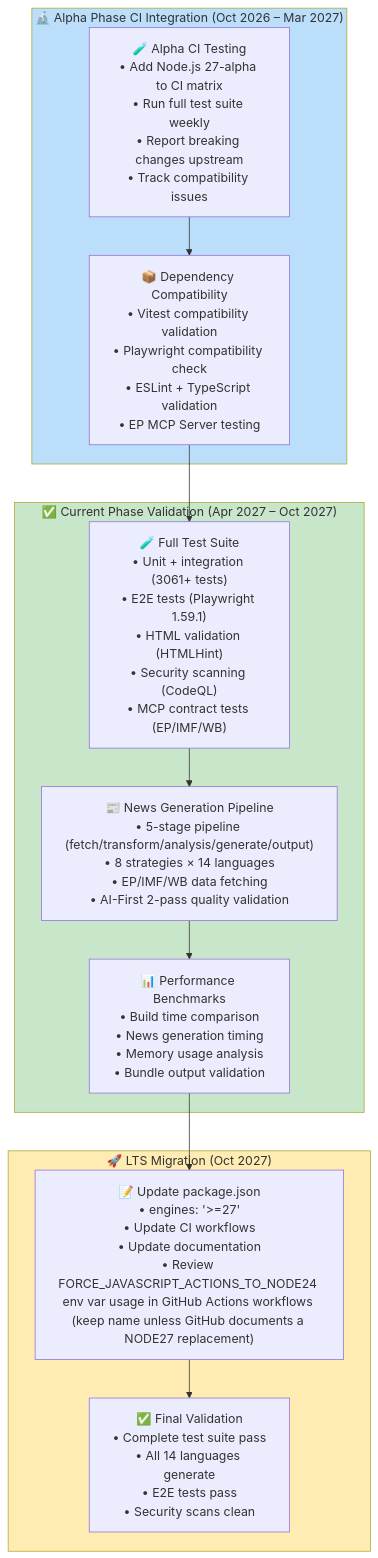
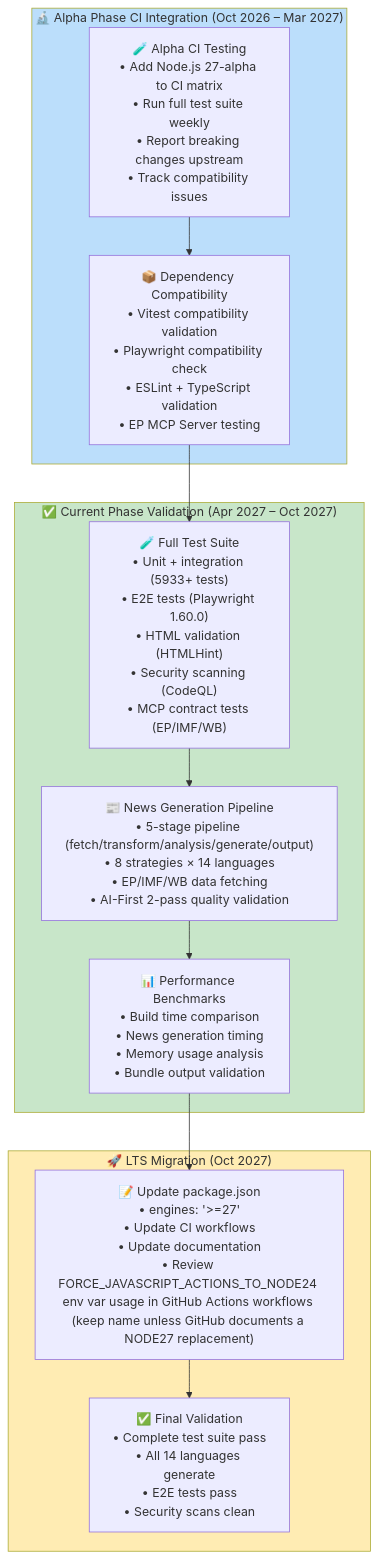
Before and after one commit to Hack23/euparliamentmonitor: the third of 6 diagrams in End-of-Life-Strategy.md, drawn with Mermaid. The commit also changed other lines of this file and 2 other files, not shown here.

````diff
--- a/End-of-Life-Strategy.md
+++ b/End-of-Life-Strategy.md
@@ -289,29 +289,29 @@
 ```mermaid
 flowchart TB
     subgraph ALPHA["🔬 Alpha Phase CI Integration (Oct 2026 – Mar 2027)"]
         ALPHA_CI["🧪 Alpha CI Testing<br/>• Add Node.js 27-alpha to CI matrix<br/>• Run full test suite weekly<br/>• Report breaking changes upstream<br/>• Track compatibility issues"]
         DEP_COMPAT["📦 Dependency Compatibility<br/>• Vitest compatibility validation<br/>• Playwright compatibility check<br/>• ESLint + TypeScript validation<br/>• EP MCP Server testing"]
     end
 
     subgraph CURRENT["✅ Current Phase Validation (Apr 2027 – Oct 2027)"]
-        FULL_TEST["🧪 Full Test Suite<br/>• Unit + integration (3061+ tests)<br/>• E2E tests (Playwright 1.59.1)<br/>• HTML validation (HTMLHint)<br/>• Security scanning (CodeQL)<br/>• MCP contract tests (EP/IMF/WB)"]
+        FULL_TEST["🧪 Full Test Suite<br/>• Unit + integration (5933+ tests)<br/>• E2E tests (Playwright 1.60.0)<br/>• HTML validation (HTMLHint)<br/>• Security scanning (CodeQL)<br/>• MCP contract tests (EP/IMF/WB)"]
         NEWS_GEN["📰 News Generation Pipeline<br/>• 5-stage pipeline (fetch/transform/analysis/generate/output)<br/>• 8 strategies × 14 languages<br/>• EP/IMF/WB data fetching<br/>• AI-First 2-pass quality validation"]
         PERF_BENCH["📊 Performance Benchmarks<br/>• Build time comparison<br/>• News generation timing<br/>• Memory usage analysis<br/>• Bundle output validation"]
     end
 
     subgraph MIGRATION["🚀 LTS Migration (Oct 2027)"]
         UPDATE_ENGINES["📝 Update package.json<br/>• engines: '>=27'<br/>• Update CI workflows<br/>• Update documentation<br/>• Review FORCE_JAVASCRIPT_ACTIONS_TO_NODE24 env var usage in GitHub Actions workflows (keep name unless GitHub documents a NODE27 replacement)"]
         FINAL_VALIDATION["✅ Final Validation<br/>• Complete test suite pass<br/>• All 14 languages generate<br/>• E2E tests pass<br/>• Security scans clean"]
     end
 
     ALPHA_CI --> DEP_COMPAT
     DEP_COMPAT --> FULL_TEST
     FULL_TEST --> NEWS_GEN
     NEWS_GEN --> PERF_BENCH
     PERF_BENCH --> UPDATE_ENGINES
     UPDATE_ENGINES --> FINAL_VALIDATION
 
     style ALPHA fill:#bbdefb
     style CURRENT fill:#c8e6c9
     style MIGRATION fill:#ffecb3
 ```
````
